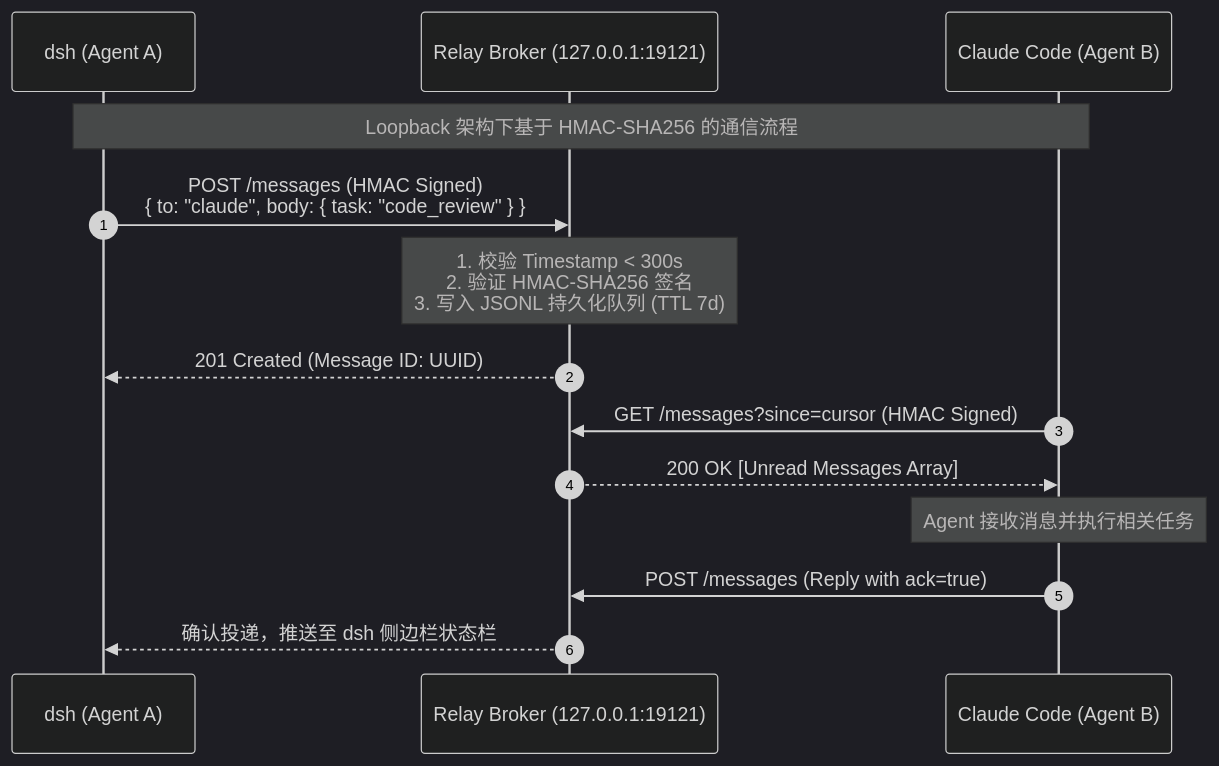
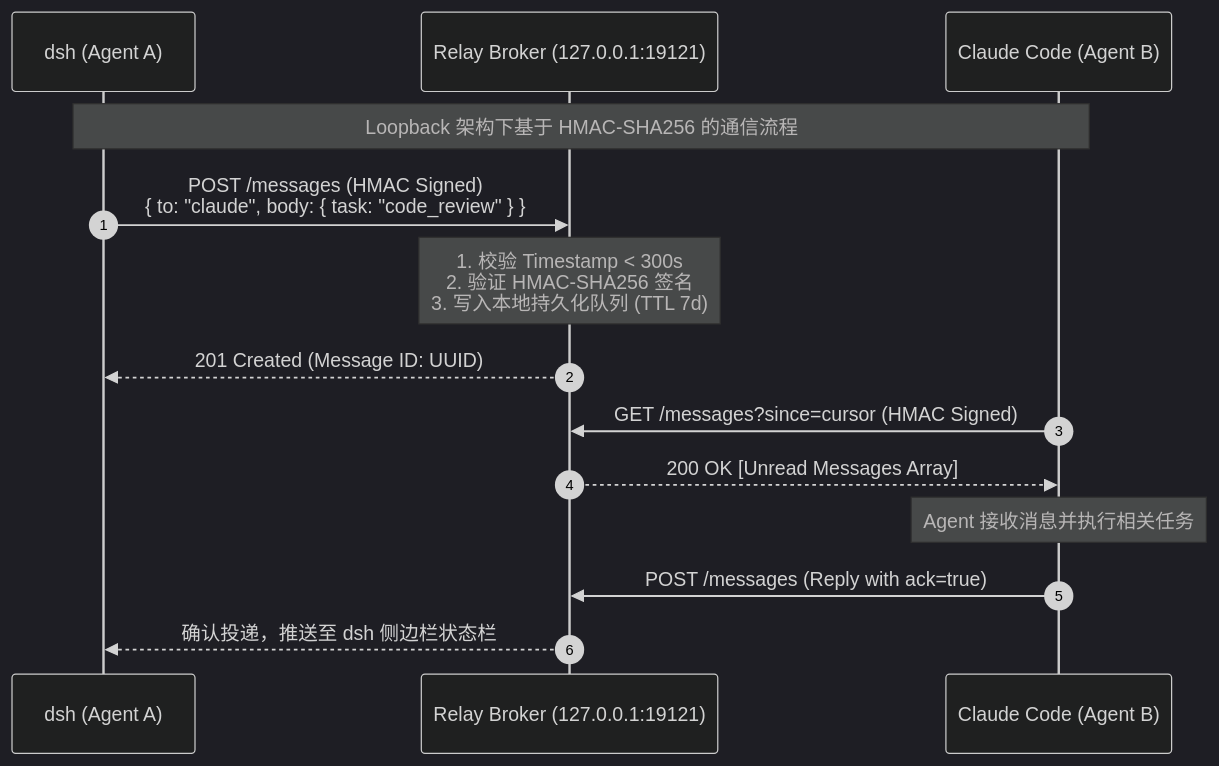
The first of 2 diagrams in README.md (Noelune/dsh-agent-relay), drawn with Mermaid (dark theme) before and after one commit. The commit also changed other lines of this file and 29 other files, not shown here.

````diff
--- a/README.md
+++ b/README.md
@@ -59,18 +59,18 @@
 ```mermaid
 sequenceDiagram
     autonumber
     participant D as dsh (Agent A)
     participant B as Relay Broker (127.0.0.1:19121)
     participant C as Claude Code (Agent B)
 
     Note over D,C: Loopback 架构下基于 HMAC-SHA256 的通信流程
     D->>B: POST /messages (HMAC Signed) <br> { to: "claude", body: { task: "code_review" } }
-    Note over B: 1. 校验 Timestamp < 300s<br>2. 验证 HMAC-SHA256 签名<br>3. 写入 JSONL 持久化队列 (TTL 7d)
+    Note over B: 1. 校验 Timestamp < 300s<br>2. 验证 HMAC-SHA256 签名<br>3. 写入本地持久化队列 (TTL 7d)
     B-->>D: 201 Created (Message ID: UUID)
 
     C->>B: GET /messages?since=cursor (HMAC Signed)
     B-->>C: 200 OK [Unread Messages Array]
     Note over C: Agent 接收消息并执行相关任务
     C->>B: POST /messages (Reply with ack=true)
     B-->>D: 确认投递，推送至 dsh 侧边栏状态栏
 ```
````
